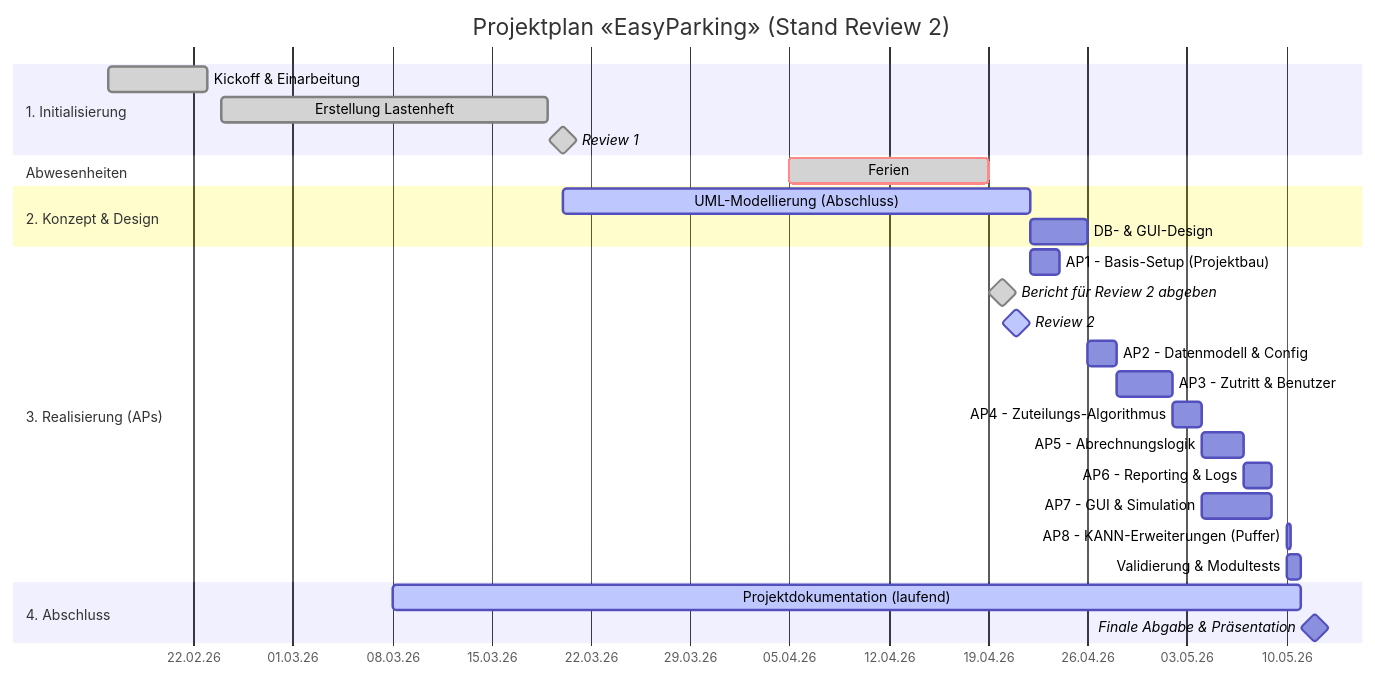
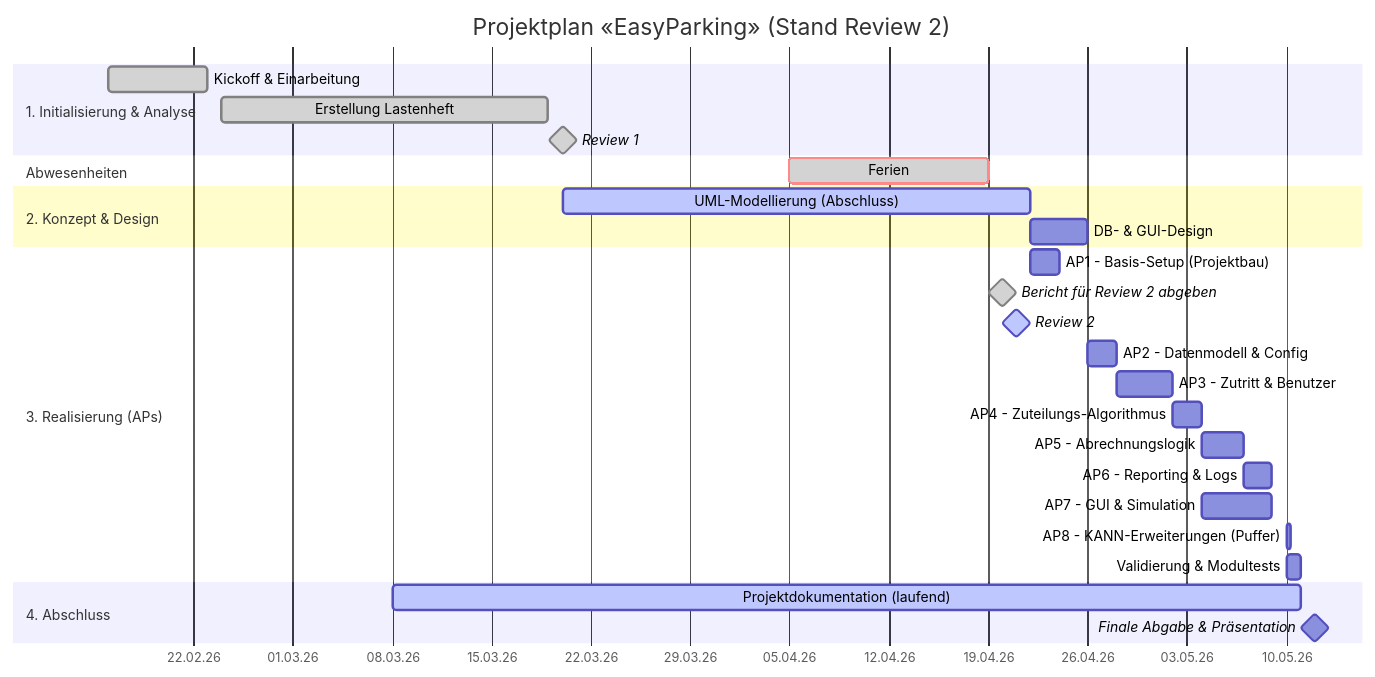
Before and after one commit to FaKiieZ/teko-projekt-software-engineering: the second of 2 diagrams in docs/zeitplan.md, drawn with Mermaid. The commit also changed 3 other files, not shown here.

Commit message:
update diagrams

````diff
--- a/docs/zeitplan.md
+++ b/docs/zeitplan.md
@@ -47,36 +47,36 @@
 ```mermaid
 gantt
     title Projektplan «EasyParking» (Stand Review 2)
     dateFormat  DD.MM.YYYY
     axisFormat  %d.%m.%y
     tickInterval 1w
 
-    section 1. Initialisierung
+    section 1. Initialisierung & Analyse
     Kickoff & Einarbeitung          :done, 16.02.2026, 23.02.2026
     Erstellung Lastenheft           :done, 24.02.2026, 19.03.2026
     Review 1                        :milestone, done, 20.03.2026, 0d
 
     section Abwesenheiten
     Ferien                          :crit, done, 05.04.2026, 19.04.2026
 
     section 2. Konzept & Design
     UML-Modellierung (Abschluss)    :active, 20.03.2026, 22.04.2026
     DB- & GUI-Design                :22.04.2026, 26.04.2026
 
     section 3. Realisierung (APs)
     AP1 - Basis-Setup (Projektbau)  :22.04.2026, 2d
     Bericht für Review 2 abgeben    :milestone, done, 20.04.2026, 0d
     Review 2                        :milestone, active, 21.04.2026, 0d
     AP2 - Datenmodell & Config      :26.04.2026, 2d
     AP3 - Zutritt & Benutzer        :28.04.2026, 4d
     AP4 - Zuteilungs-Algorithmus    :02.05.2026, 2d
     AP5 - Abrechnungslogik          :04.05.2026, 3d
     AP6 - Reporting & Logs          :07.05.2026, 2d
     AP7 - GUI & Simulation          :04.05.2026, 09.05.2026
     AP8 - KANN-Erweiterungen (Puffer):10.05.2026, 8h
     Validierung & Modultests        :10.05.2026, 11.05.2026
 
     section 4. Abschluss
     Projektdokumentation (laufend)  :active, 08.03.2026, 11.05.2026
     Finale Abgabe & Präsentation    :milestone, 12.05.2026, 0d
 ```
````
